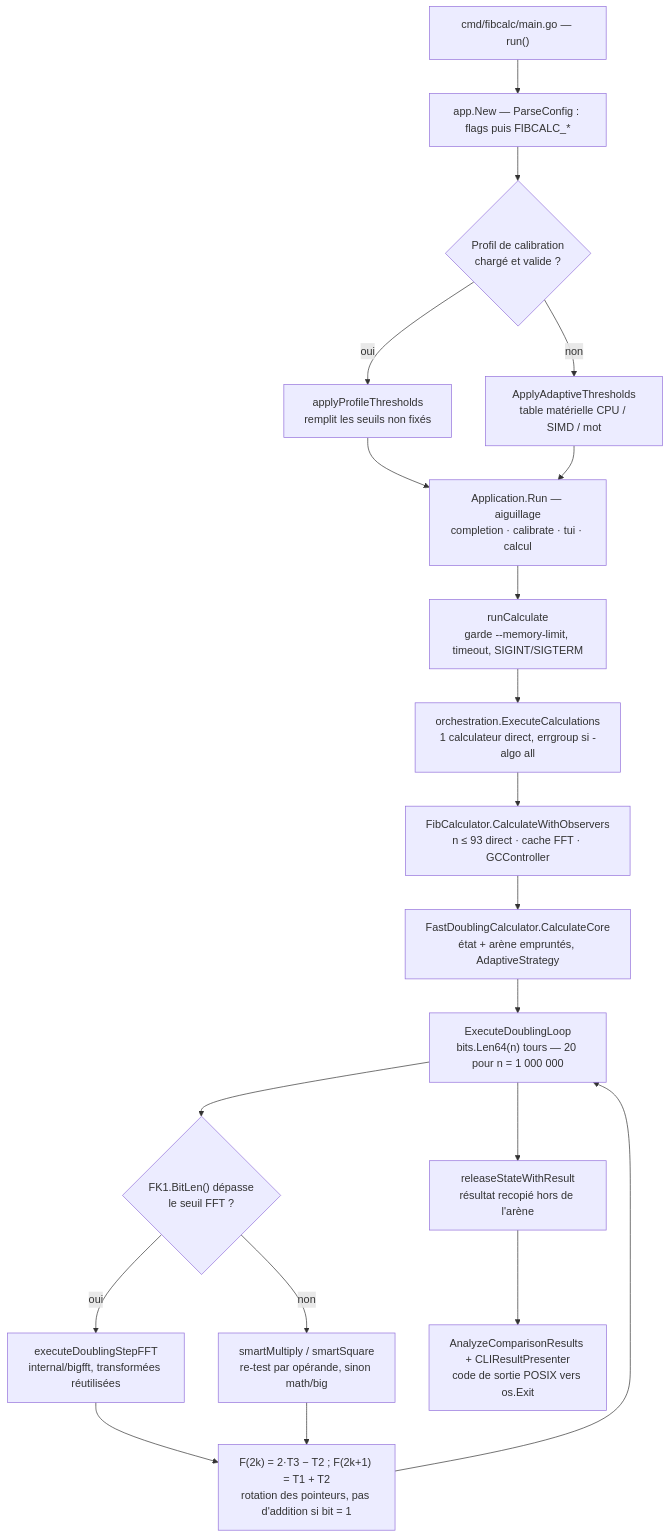
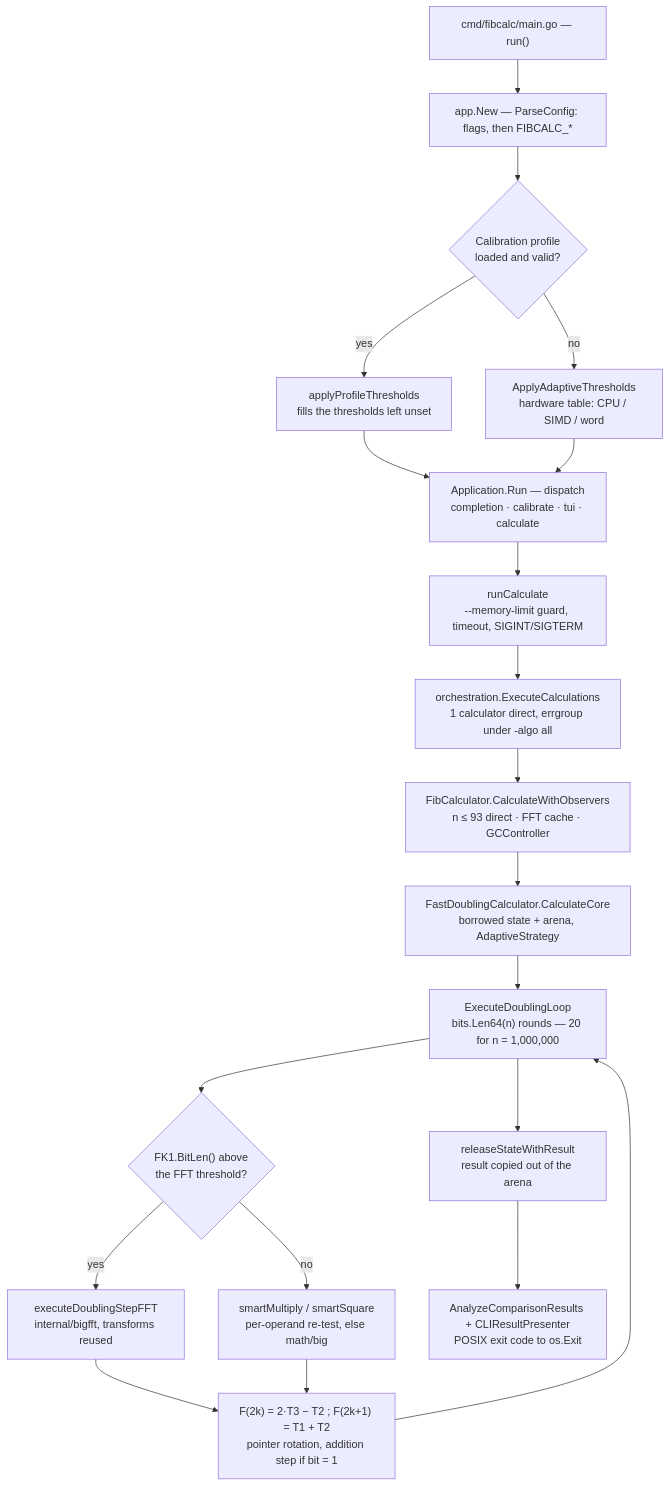
Before and after one commit to agbruneau/Fibonacci: the first of 2 diagrams in docs/ARCH.md, drawn with Mermaid. The commit also changed other lines of this file and 4 other files, not shown here.

````diff
--- a/docs/ARCH.md
+++ b/docs/ARCH.md
@@ -191,22 +189,22 @@
 ```mermaid
 flowchart TD
-  A["cmd/fibcalc/main.go — run()"] --> B["app.New — ParseConfig : flags puis FIBCALC_*"]
-  B --> C{"Profil de calibration<br/>chargé et valide ?"}
-  C -->|oui| D["applyProfileThresholds<br/>remplit les seuils non fixés"]
-  C -->|non| E["ApplyAdaptiveThresholds<br/>table matérielle CPU / SIMD / mot"]
-  D --> F["Application.Run — aiguillage<br/>completion · calibrate · tui · calcul"]
+  A["cmd/fibcalc/main.go — run()"] --> B["app.New — ParseConfig: flags, then FIBCALC_*"]
+  B --> C{"Calibration profile<br/>loaded and valid?"}
+  C -->|yes| D["applyProfileThresholds<br/>fills the thresholds left unset"]
+  C -->|no| E["ApplyAdaptiveThresholds<br/>hardware table: CPU / SIMD / word"]
+  D --> F["Application.Run — dispatch<br/>completion · calibrate · tui · calculate"]
   E --> F
-  F --> G["runCalculate<br/>garde --memory-limit, timeout, SIGINT/SIGTERM"]
-  G --> H["orchestration.ExecuteCalculations<br/>1 calculateur direct, errgroup si -algo all"]
-  H --> I["FibCalculator.CalculateWithObservers<br/>n ≤ 93 direct · cache FFT · GCController"]
-  I --> J["FastDoublingCalculator.CalculateCore<br/>état + arène empruntés, AdaptiveStrategy"]
-  J --> K["ExecuteDoublingLoop<br/>bits.Len64(n) tours — 20 pour n = 1 000 000"]
-  K --> L{"FK1.BitLen() dépasse<br/>le seuil FFT ?"}
-  L -->|oui| M["executeDoublingStepFFT<br/>internal/bigfft, transformées réutilisées"]
-  L -->|non| N["smartMultiply / smartSquare<br/>re-test par opérande, sinon math/big"]
-  M --> O["F(2k) = 2·T3 − T2 ; F(2k+1) = T1 + T2<br/>rotation des pointeurs, pas d'addition si bit = 1"]
+  F --> G["runCalculate<br/>--memory-limit guard, timeout, SIGINT/SIGTERM"]
+  G --> H["orchestration.ExecuteCalculations<br/>1 calculator direct, errgroup under -algo all"]
+  H --> I["FibCalculator.CalculateWithObservers<br/>n ≤ 93 direct · FFT cache · GCController"]
+  I --> J["FastDoublingCalculator.CalculateCore<br/>borrowed state + arena, AdaptiveStrategy"]
+  J --> K["ExecuteDoublingLoop<br/>bits.Len64(n) rounds — 20 for n = 1,000,000"]
+  K --> L{"FK1.BitLen() above<br/>the FFT threshold?"}
+  L -->|yes| M["executeDoublingStepFFT<br/>internal/bigfft, transforms reused"]
+  L -->|no| N["smartMultiply / smartSquare<br/>per-operand re-test, else math/big"]
+  M --> O["F(2k) = 2·T3 − T2 ; F(2k+1) = T1 + T2<br/>pointer rotation, addition step if bit = 1"]
   N --> O
   O --> K
-  K --> P["releaseStateWithResult<br/>résultat recopié hors de l'arène"]
-  P --> Q["AnalyzeComparisonResults + CLIResultPresenter<br/>code de sortie POSIX vers os.Exit"]
+  K --> P["releaseStateWithResult<br/>result copied out of the arena"]
+  P --> Q["AnalyzeComparisonResults + CLIResultPresenter<br/>POSIX exit code to os.Exit"]
 ```
````
